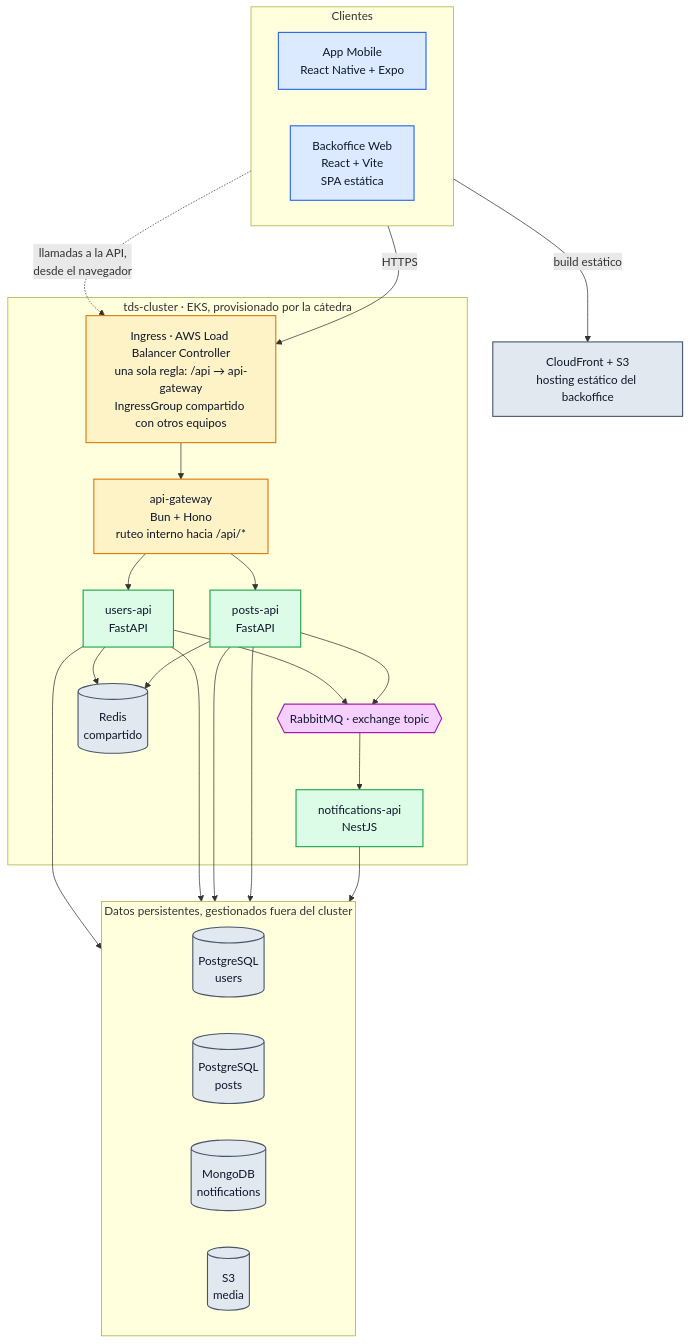
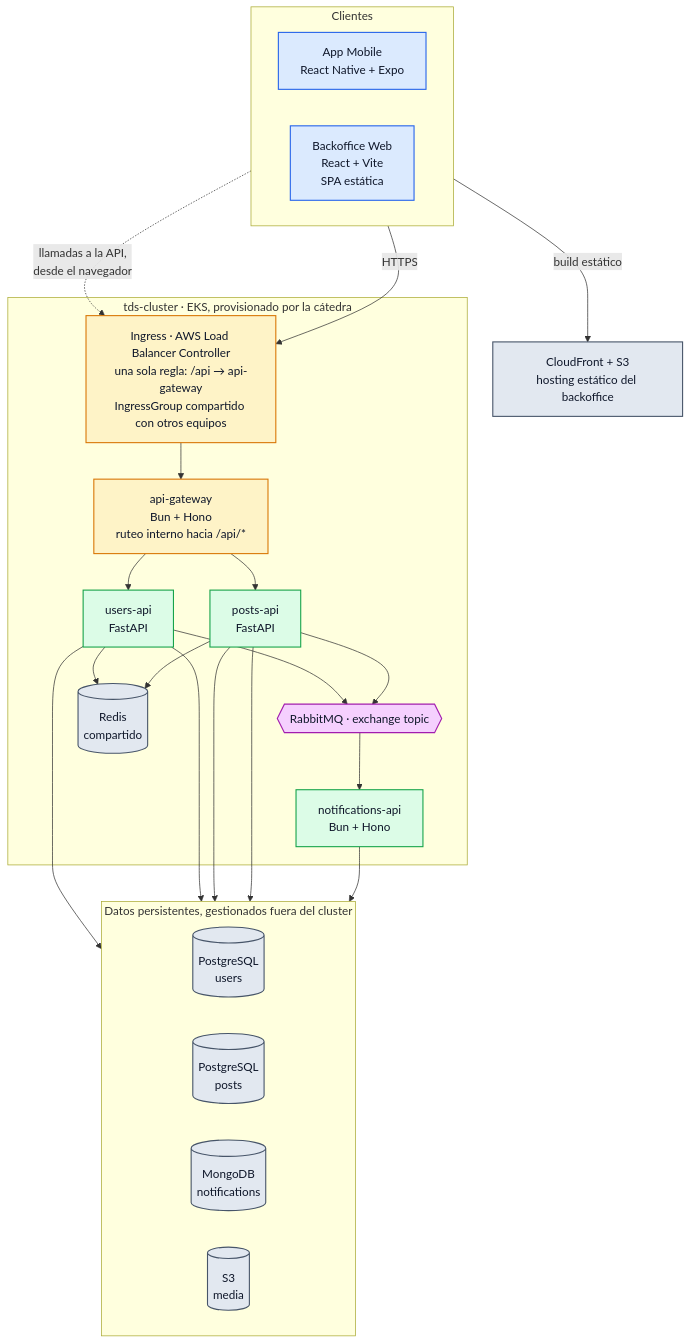
Before and after one commit to tds-g3-2s2026/udesa-x-platform: the second of 7 diagrams in docs/ARQUITECTURA.md, drawn with Mermaid. The commit also changed other lines of this file and 6 other files, not shown here.

Commit message:
docs(adr): ADR-015, notifications-api en Bun y Hono como el gateway (#92)

````diff
--- a/docs/ARQUITECTURA.md
+++ b/docs/ARQUITECTURA.md
@@ -181,52 +181,52 @@
 ```mermaid
 flowchart TB
     subgraph clientes["Clientes"]
         direction LR
         MOB["App Mobile<br/>React Native + Expo"]
         BO["Backoffice Web<br/>React + Vite<br/>SPA estática"]
     end
     CDN["CloudFront + S3<br/>hosting estático del backoffice"]
     subgraph cluster["tds-cluster · EKS, provisionado por la cátedra"]
         ING["Ingress · AWS Load Balancer Controller<br/>una sola regla: /api → api-gateway<br/>IngressGroup compartido con otros equipos"]
         GW["api-gateway<br/>Bun + Hono<br/>ruteo interno hacia /api/*"]
         USR["users-api<br/>FastAPI"]
         PST["posts-api<br/>FastAPI"]
-        NTF["notifications-api<br/>NestJS"]
+        NTF["notifications-api<br/>Bun + Hono"]
         MQ{{"RabbitMQ · exchange topic"}}
         RED[("Redis<br/>compartido")]
     end
     subgraph datos["Datos persistentes, gestionados fuera del cluster"]
         direction LR
         PGU[("PostgreSQL<br/>users")]
         PGP[("PostgreSQL<br/>posts")]
         MDB[("MongoDB<br/>notifications")]
         OBJ[("S3<br/>media")]
     end
     BO -->|"build estático"| CDN
     BO -.->|"llamadas a la API,<br/>desde el navegador"| ING
     MOB -->|HTTPS| ING
     ING --> GW
     GW --> USR
     GW --> PST
     USR --> MQ
     PST --> MQ
     MQ --> NTF
     USR --> PGU
     USR --> RED
     USR --> OBJ
     PST --> PGP
     PST --> RED
     PST --> OBJ
     NTF --> MDB
     classDef cliente fill:#dbeafe,stroke:#2563eb,stroke-width:1.5px,color:#0f172a
     classDef borde fill:#fef3c7,stroke:#d97706,stroke-width:1.5px,color:#0f172a
     classDef svc fill:#dcfce7,stroke:#16a34a,stroke-width:1.5px,color:#0f172a
     classDef bus fill:#f5d0fe,stroke:#a21caf,stroke-width:1.5px,color:#0f172a
     classDef store fill:#e2e8f0,stroke:#475569,stroke-width:1.5px,color:#0f172a
     class MOB,BO cliente
     class ING,GW borde
     class USR,PST,NTF svc
     class MQ bus
     class PGU,PGP,RED,MDB,OBJ store
     class CDN store
 ```
````
